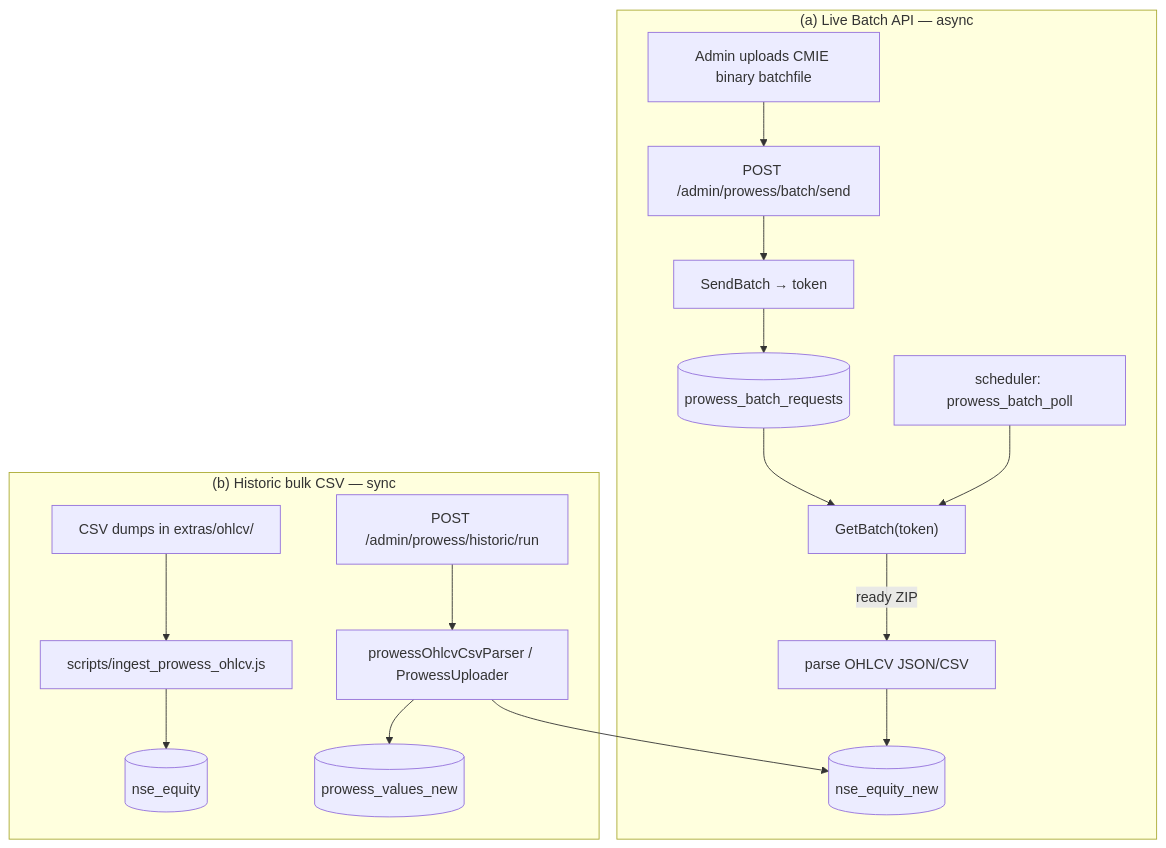
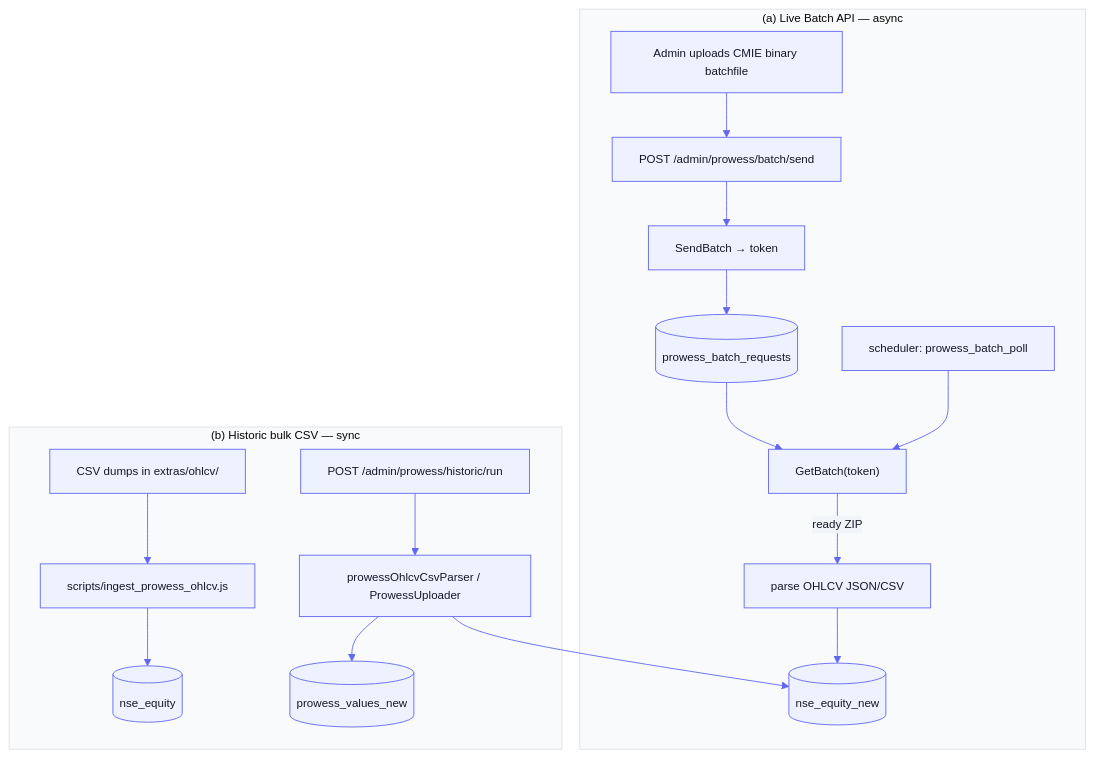
One commit to quantcase/quantcase-backend changed the diagram in docs/subsystems/prowess-ingestion.md. Above: the diagram before and after it, drawn with Mermaid. The commit also changed other lines of this file and 44 other files, not shown here.

````diff
--- a/docs/subsystems/prowess-ingestion.md
+++ b/docs/subsystems/prowess-ingestion.md
@@ -7,19 +9,20 @@
 ```mermaid
+%%{init: {'theme':'base','themeVariables':{'primaryColor':'#eef2ff','primaryBorderColor':'#6366f1','primaryTextColor':'#111827','lineColor':'#6366f1','secondaryColor':'#f1f5f9','tertiaryColor':'#f8fafc','fontSize':'13px'}}}%%
 flowchart TD
     subgraph A["(a) Live Batch API — async"]
       admin["Admin uploads CMIE binary batchfile"] --> send["POST /admin/prowess/batch/send"]
       send --> sb["SendBatch → token"]
       sb --> pbr[("prowess_batch_requests")]
       sched["scheduler: prowess_batch_poll"] --> gb["GetBatch(token)"]
       pbr --> gb
       gb -->|ready ZIP| parse["parse OHLCV JSON/CSV"]
       parse --> neq[("nse_equity_new")]
     end
     subgraph B["(b) Historic bulk CSV — sync"]
       csv["CSV dumps in extras/ohlcv/"] --> script["scripts/ingest_prowess_ohlcv.js"]
       script --> neqOld[("nse_equity")]
       upload["POST /admin/prowess/historic/run"] --> parser["prowessOhlcvCsvParser / ProwessUploader"]
       parser --> neq
       parser --> pvn[("prowess_values_new")]
     end
 ```
````
